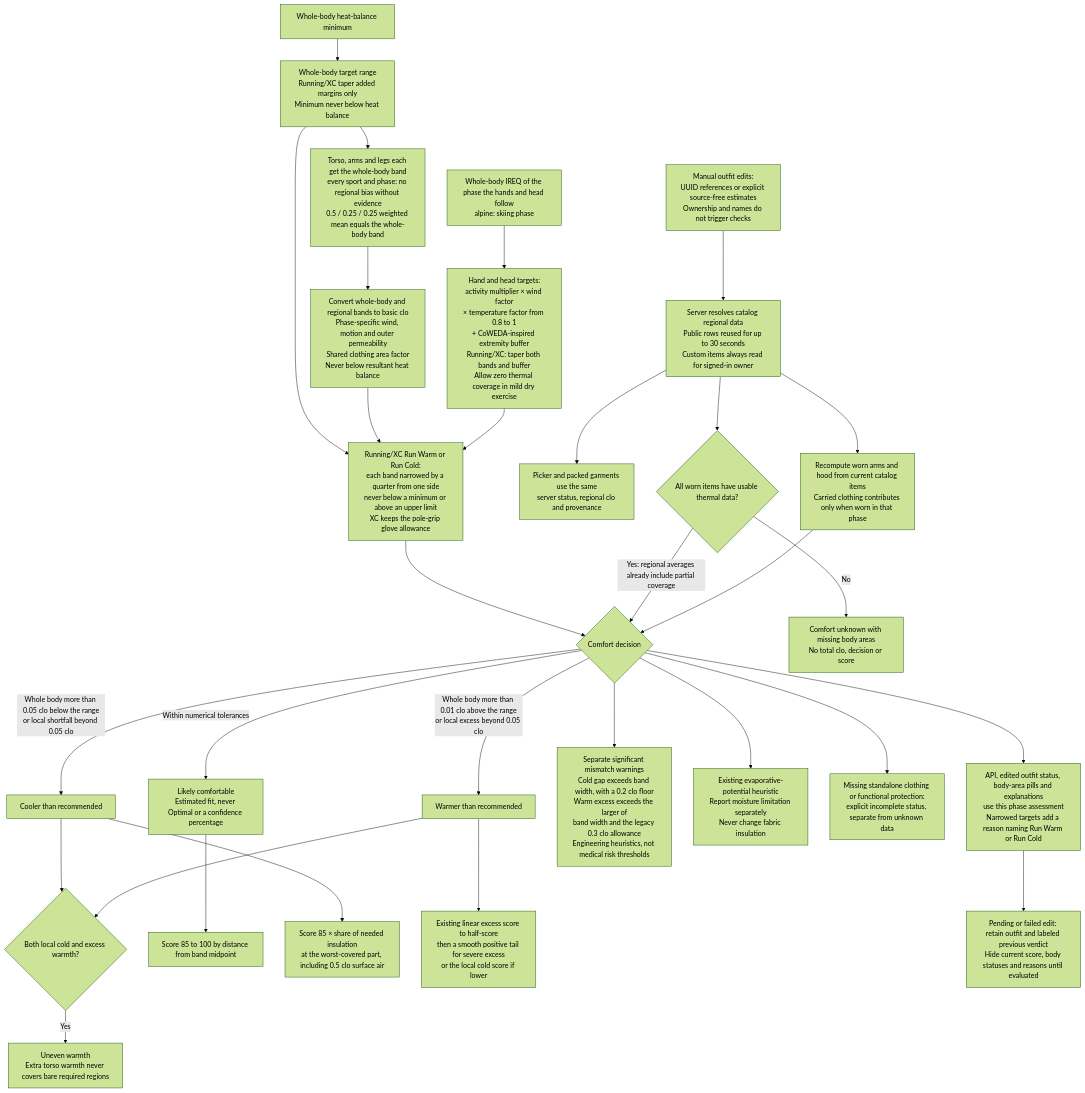
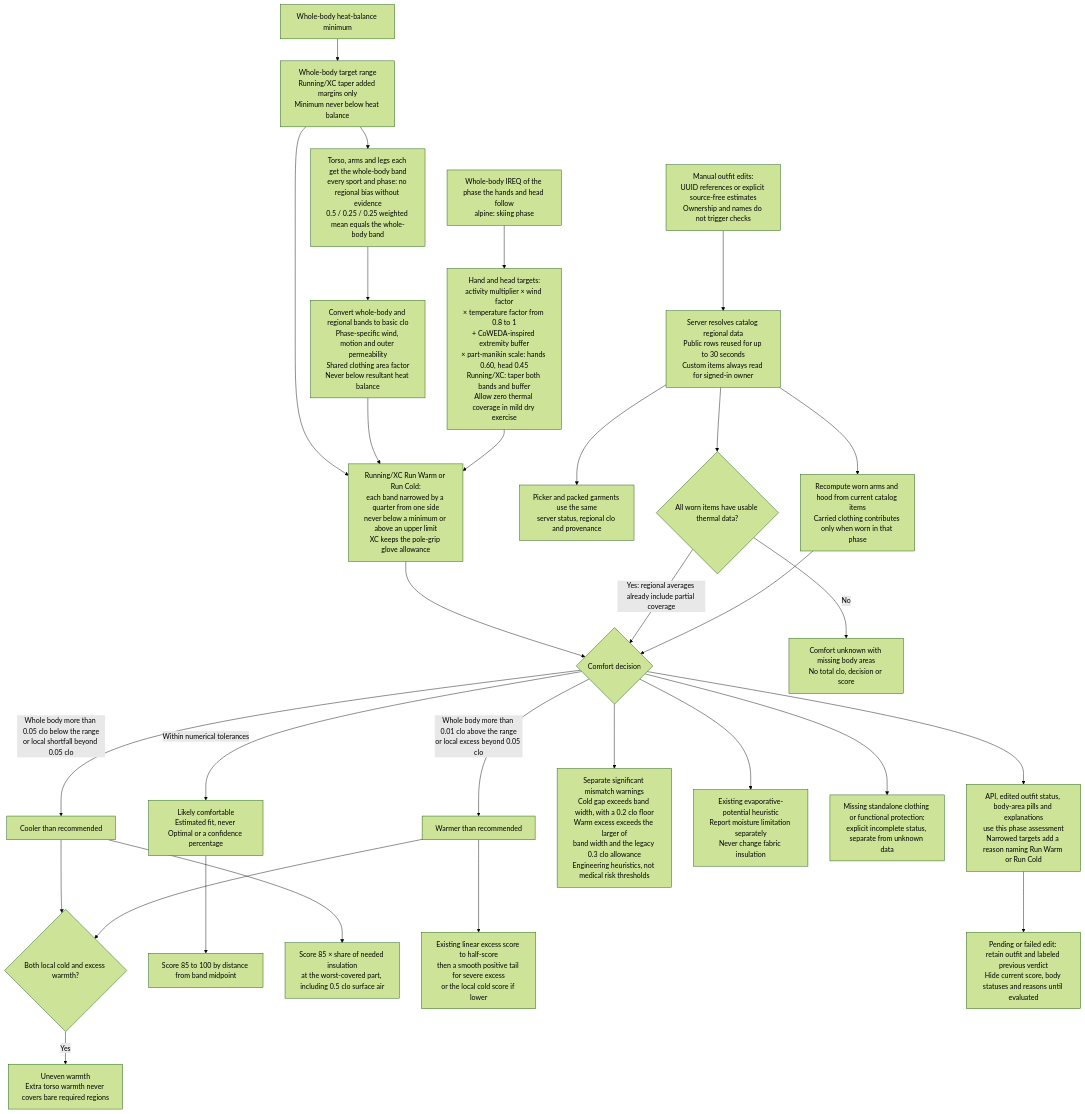
The seventh of 7 diagrams in README.md (derobertsw/swttr), drawn with Mermaid (forest theme) before and after one commit. The commit also changed other lines of this file and 28 other files, not shown here.

First line of the commit message:
Anchor hand and head accessory clo to part-manikin measurements (#376) (#410)

````diff
--- a/README.md
+++ b/README.md
@@ -319,34 +321,34 @@
 ```mermaid
 graph TD
     BALANCE[Whole-body heat-balance minimum] --> RANGE[Whole-body target range<br/>Running/XC taper added margins only<br/>Minimum never below heat balance]
     RANGE --> SPLIT[Torso, arms and legs each get the whole-body band<br/>every sport and phase: no regional bias without evidence<br/>0.5 / 0.25 / 0.25 weighted mean equals the whole-body band]
     SPLIT --> REG[Convert whole-body and regional bands to basic clo<br/>Phase-specific wind, motion and outer permeability<br/>Shared clothing area factor<br/>Never below resultant heat balance]
-    PIREQ[Whole-body IREQ of the phase the hands and head follow<br/>alpine: skiing phase] --> EXT[Hand and head targets:<br/>activity multiplier × wind factor<br/>× temperature factor from 0.8 to 1<br/>+ CoWEDA-inspired extremity buffer<br/>Running/XC: taper both bands and buffer<br/>Allow zero thermal coverage in mild dry exercise]
+    PIREQ[Whole-body IREQ of the phase the hands and head follow<br/>alpine: skiing phase] --> EXT[Hand and head targets:<br/>activity multiplier × wind factor<br/>× temperature factor from 0.8 to 1<br/>+ CoWEDA-inspired extremity buffer<br/>× part-manikin scale: hands 0.60, head 0.45<br/>Running/XC: taper both bands and buffer<br/>Allow zero thermal coverage in mild dry exercise]
 
     RANGE --> PREFBAND[Running/XC Run Warm or Run Cold:<br/>each band narrowed by a quarter from one side<br/>never below a minimum or above an upper limit<br/>XC keeps the pole-grip glove allowance]
     REG --> PREFBAND
     EXT --> PREFBAND
     PREFBAND --> DEC{Comfort decision}
     EDIT[Manual outfit edits:<br/>UUID references or explicit source-free estimates<br/>Ownership and names do not trigger checks] --> LOOKUP[Server resolves catalog regional data<br/>Public rows reused for up to 30 seconds<br/>Custom items always read for signed-in owner]
     LOOKUP --> PICKER[Picker and packed garments use the same<br/>server status, regional clo and provenance]
     LOOKUP --> KNOWN{All worn items have usable thermal data?}
     KNOWN -->|Yes: regional averages already include partial coverage| DEC
     KNOWN -->|No| UNKNOWN[Comfort unknown with missing body areas<br/>No total clo, decision or score]
     DEC -->|Whole body more than 0.05 clo below the range<br/>or local shortfall beyond 0.05 clo| COLD[Cooler than recommended]
     DEC -->|Whole body more than 0.01 clo above the range<br/>or local excess beyond 0.05 clo| HOT[Warmer than recommended]
     COLD --> MIX{Both local cold and excess warmth?}
     HOT --> MIX
     MIX -->|Yes| UNEVEN[Uneven warmth<br/>Extra torso warmth never covers bare required regions]
     DEC -->|Within numerical tolerances| OK[Likely comfortable<br/>Estimated fit, never Optimal or a confidence percentage]
     DEC --> WARN[Separate significant mismatch warnings<br/>Cold gap exceeds band width, with a 0.2 clo floor<br/>Warm excess exceeds the larger of<br/>band width and the legacy 0.3 clo allowance<br/>Engineering heuristics, not medical risk thresholds]
     DEC --> MOISTURE[Existing evaporative-potential heuristic<br/>Report moisture limitation separately<br/>Never change fabric insulation]
     OK --> S1[Score 85 to 100 by distance from band midpoint]
     COLD --> S2[Score 85 × share of needed insulation<br/>at the worst-covered part, including 0.5 clo surface air]
     HOT --> S3[Existing linear excess score to half-score<br/>then a smooth positive tail for severe excess<br/>or the local cold score if lower]
     LOOKUP --> ACTUAL[Recompute worn arms and hood from current catalog items<br/>Carried clothing contributes only when worn in that phase]
     ACTUAL --> DEC
     DEC --> GAP[Missing standalone clothing or functional protection:<br/>explicit incomplete status, separate from unknown data]
     DEC --> UI[API, edited outfit status, body-area pills and explanations<br/>use this phase assessment<br/>Narrowed targets add a reason naming Run Warm or Run Cold]
     UI --> STALE[Pending or failed edit: retain outfit and labeled previous verdict<br/>Hide current score, body statuses and reasons until evaluated]
 
 ```
````
